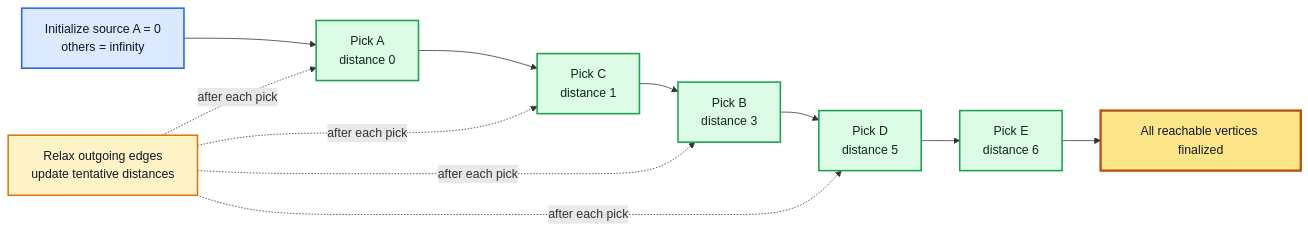
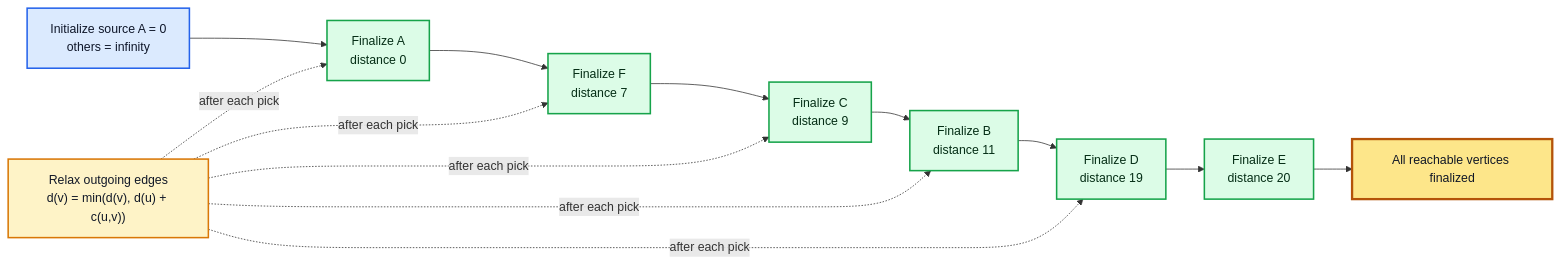
The tenth of 16 diagrams in Chapter 7 - Greedy Algorithms/README.md (M-F-Tushar/CSE-2201-2202-Algorithm-Design-and-Analysis-Sessional), drawn with Mermaid before and after one commit. The commit also changed other lines of this file and 1 other file, not shown here.

````diff
--- a/Chapter 7 - Greedy Algorithms/README.md
+++ b/Chapter 7 - Greedy Algorithms/README.md
@@ -681,23 +802,25 @@
 ```mermaid
 flowchart LR
-	Init["Initialize source A = 0<br/>others = infinity"] --> PickA["Pick A<br/>distance 0"]
-	PickA --> PickC["Pick C<br/>distance 1"]
-	PickC --> PickB["Pick B<br/>distance 3"]
-	PickB --> PickD["Pick D<br/>distance 5"]
-	PickD --> PickE["Pick E<br/>distance 6"]
+	Init["Initialize source A = 0<br/>others = infinity"] --> PickA["Finalize A<br/>distance 0"]
+	PickA --> PickF["Finalize F<br/>distance 7"]
+	PickF --> PickC["Finalize C<br/>distance 9"]
+	PickC --> PickB["Finalize B<br/>distance 11"]
+	PickB --> PickD["Finalize D<br/>distance 19"]
+	PickD --> PickE["Finalize E<br/>distance 20"]
 	PickE --> Done["All reachable vertices finalized"]
 
-	Relax["Relax outgoing edges<br/>update tentative distances"] -. after each pick .-> PickA
+	Relax["Relax outgoing edges<br/>d(v) = min(d(v), d(u) + c(u,v))"] -. after each pick .-> PickA
+	Relax -. after each pick .-> PickF
 	Relax -. after each pick .-> PickC
 	Relax -. after each pick .-> PickB
 	Relax -. after each pick .-> PickD
 
 	classDef init fill:#dbeafe,stroke:#2563eb,stroke-width:2px,color:#0f172a;
 	classDef step fill:#dcfce7,stroke:#16a34a,stroke-width:2px,color:#052e16;
 	classDef helper fill:#fef3c7,stroke:#d97706,stroke-width:2px,color:#111827;
 	classDef answer fill:#fde68a,stroke:#b45309,stroke-width:3px,color:#111827;
 	class Init init;
-	class PickA,PickC,PickB,PickD,PickE step;
+	class PickA,PickF,PickC,PickB,PickD,PickE step;
 	class Relax helper;
 	class Done answer;
 ```
````
